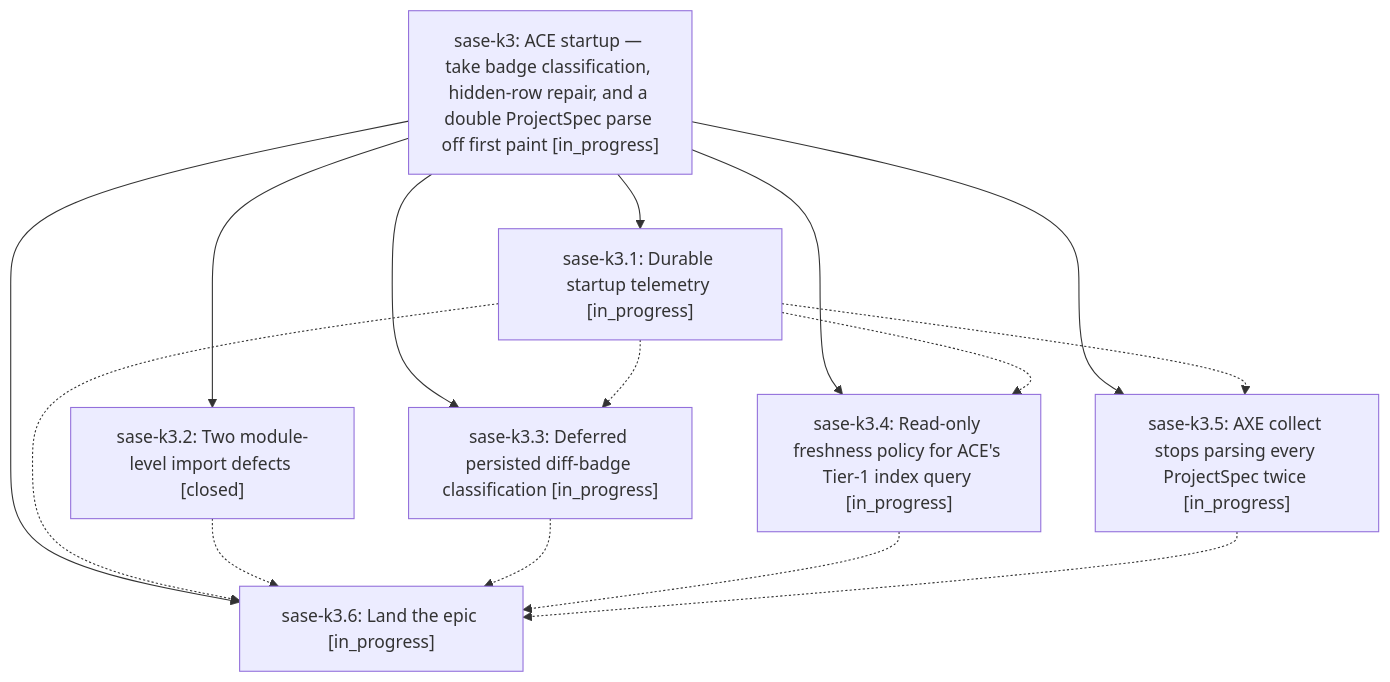
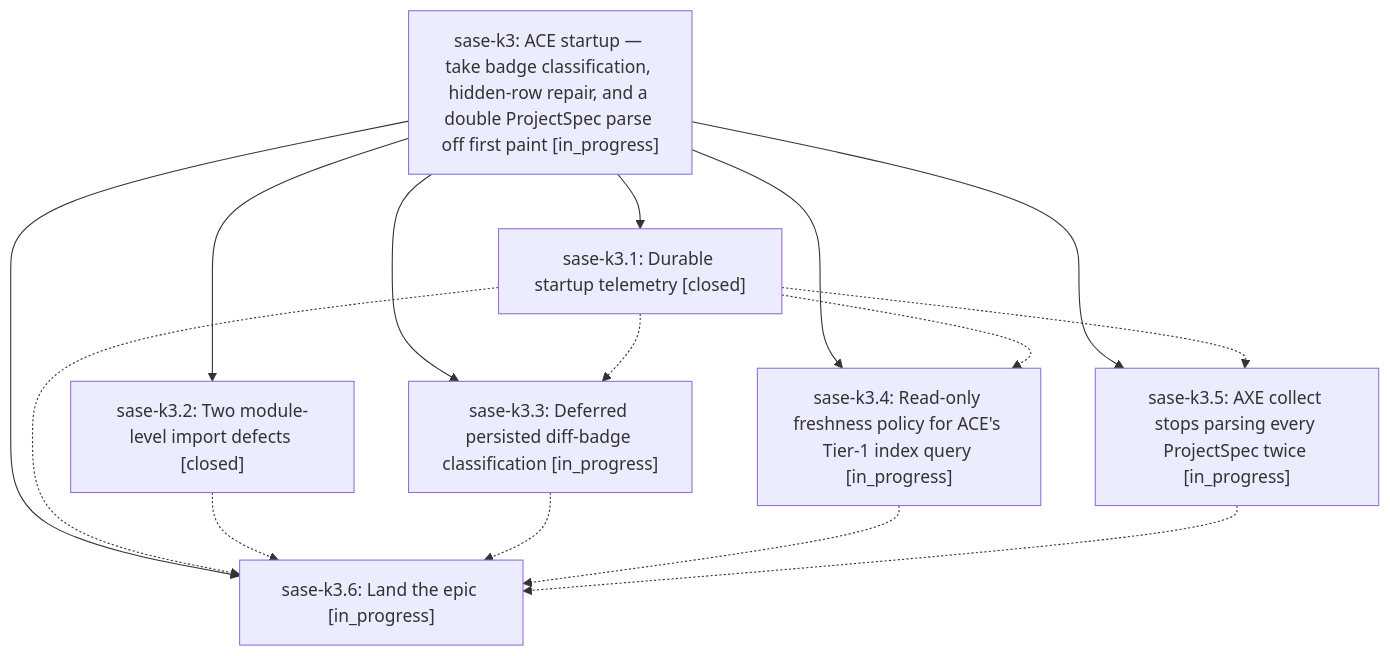
The diagram in pages/sase-k3/README.md (sase-org/sase--beads), drawn with Mermaid before and after one commit. The commit also changed other lines of this file and 5 other files, not shown here.

````diff
--- a/pages/sase-k3/README.md
+++ b/pages/sase-k3/README.md
@@ -27,24 +27,24 @@
 ```mermaid
 flowchart TD
     n0["sase-k3: ACE startup — take badge classification, hidden-row repair, and a double ProjectSpec parse off first paint [in_progress]"]
-    n1["sase-k3.1: Durable startup telemetry [in_progress]"]
+    n1["sase-k3.1: Durable startup telemetry [closed]"]
     n2["sase-k3.2: Two module-level import defects [closed]"]
     n3["sase-k3.3: Deferred persisted diff-badge classification [in_progress]"]
     n4["sase-k3.4: Read-only freshness policy for ACE's Tier-1 index query [in_progress]"]
     n5["sase-k3.5: AXE collect stops parsing every ProjectSpec twice [in_progress]"]
     n6["sase-k3.6: Land the epic [in_progress]"]
     n0 --> n1
     n0 --> n2
     n0 --> n3
     n0 --> n4
     n0 --> n5
     n0 --> n6
     n1 -.-> n3
     n1 -.-> n4
     n1 -.-> n5
     n1 -.-> n6
     n2 -.-> n6
     n3 -.-> n6
     n4 -.-> n6
     n5 -.-> n6
 ```
````
